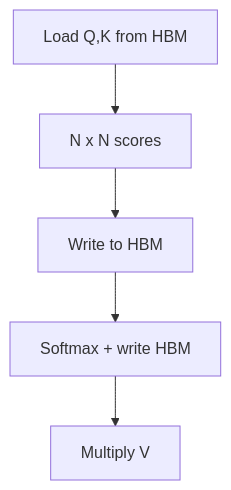
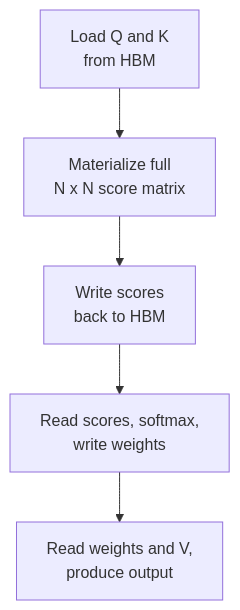
The diagram in walk-the-code/diagrams/tiled_standard.mmd (danilop/micro-gpt-and-beyond), drawn with Mermaid before and after one commit. The commit also changed 45 other files, not shown here.

```diff
--- a/walk-the-code/diagrams/tiled_standard.mmd
+++ b/walk-the-code/diagrams/tiled_standard.mmd
@@ -1,6 +1,6 @@
 graph TD
-    s_qk[Load Q,K from HBM]
-    s_qk --> s_att[N x N scores]
-    s_att --> s_write[Write to HBM]
-    s_write --> s_softmax[Softmax + write HBM]
-    s_softmax --> s_out[Multiply V]
+    s_qk[Load Q and K<br/>from HBM]
+    s_qk --> s_att[Materialize full<br/>N x N score matrix]
+    s_att --> s_write[Write scores<br/>back to HBM]
+    s_write --> s_softmax[Read scores, softmax,<br/>write weights]
+    s_softmax --> s_out[Read weights and V,<br/>produce output]
```
